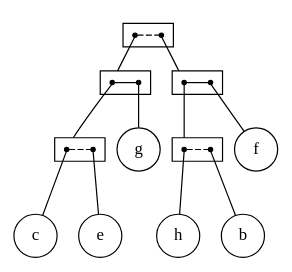
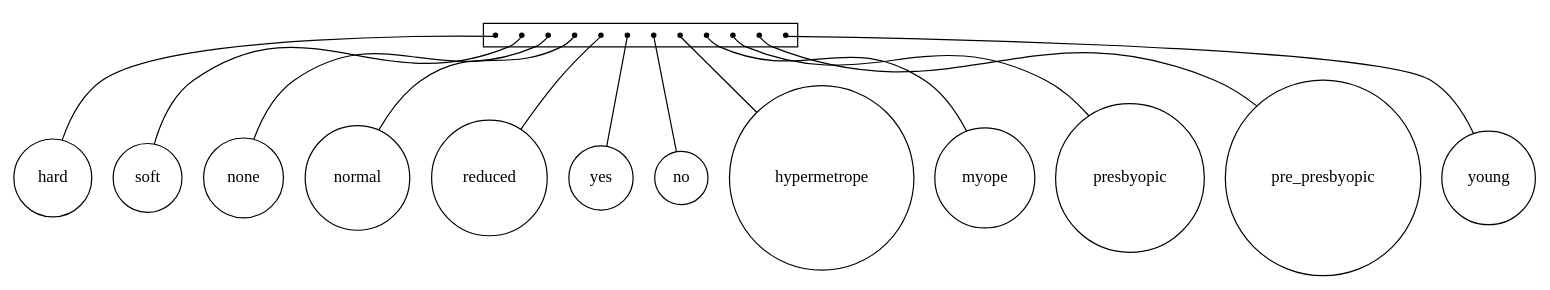
One commit to lrodrin/TFG changed the diagram in src/extension/exponential_2-structure.dot. Above: the diagram before and after it, drawn with Graphviz. The commit also changed 2 other files, not shown here.

```diff
--- a/src/extension/exponential_2-structure.dot
+++ b/src/extension/exponential_2-structure.dot
@@ -1,53 +1,47 @@
 strict digraph "exponential_2-structure" {
 compound=true;
 fontname=Verdana;
 fontsize=12;
 newrank=true;
 node [shape=circle];
-f;
-g;
-c;
-e;
-h;
-b;
-subgraph cluster_ehgcbf {
-rank=same;
+hard;
+soft;
+none;
+normal;
+reduced;
+yes;
+no;
+hypermetrope;
+myope;
+presbyopic;
+pre_presbyopic;
+young;
+subgraph cluster_hardreducedyoungsoftpre_presbyopicpresbyopicmyopeyeshypermetropenononenormal {
 node [shape=point];
-s_ceg -> s_bhf  [color=black, style=dashed, arrowhead=none];
+s_hard;
+s_soft;
+s_none;
+s_normal;
+s_reduced;
+s_yes;
+s_no;
+s_hypermetrope;
+s_myope;
+s_presbyopic;
+s_pre_presbyopic;
+s_young;
 }
 
-subgraph cluster_bhf {
-rank=same;
-node [shape=point];
-s_bh -> s_f  [color=black, style=solid, arrowhead=none];
+s_hard -> hard  [arrowhead=none];
+s_soft -> soft  [arrowhead=none];
+s_none -> none  [arrowhead=none];
+s_normal -> normal  [arrowhead=none];
+s_reduced -> reduced  [arrowhead=none];
+s_yes -> yes  [arrowhead=none];
+s_no -> no  [arrowhead=none];
+s_hypermetrope -> hypermetrope  [arrowhead=none];
+s_myope -> myope  [arrowhead=none];
+s_presbyopic -> presbyopic  [arrowhead=none];
+s_pre_presbyopic -> pre_presbyopic  [arrowhead=none];
+s_young -> young  [arrowhead=none];
 }
-
-subgraph cluster_ceg {
-rank=same;
-node [shape=point];
-s_ce -> s_g  [color=black, style=solid, arrowhead=none];
-}
-
-subgraph cluster_ce {
-rank=same;
-node [shape=point];
-s_c -> s_e  [color=black, style=dashed, arrowhead=none];
-}
-
-subgraph cluster_bh {
-rank=same;
-node [shape=point];
-s_h -> s_b  [color=black, style=dashed, arrowhead=none];
-}
-
-s_ceg -> s_ce  [lhead=cluster_ceg, arrowhead=none];
-s_bhf -> s_bh  [lhead=cluster_bhf, arrowhead=none];
-s_bh -> s_h  [lhead=cluster_bh, arrowhead=none];
-s_f -> f  [arrowhead=none];
-s_ce -> s_c  [lhead=cluster_ce, arrowhead=none];
-s_g -> g  [arrowhead=none];
-s_c -> c  [arrowhead=none];
-s_e -> e  [arrowhead=none];
-s_h -> h  [arrowhead=none];
-s_b -> b  [arrowhead=none];
-}
```
